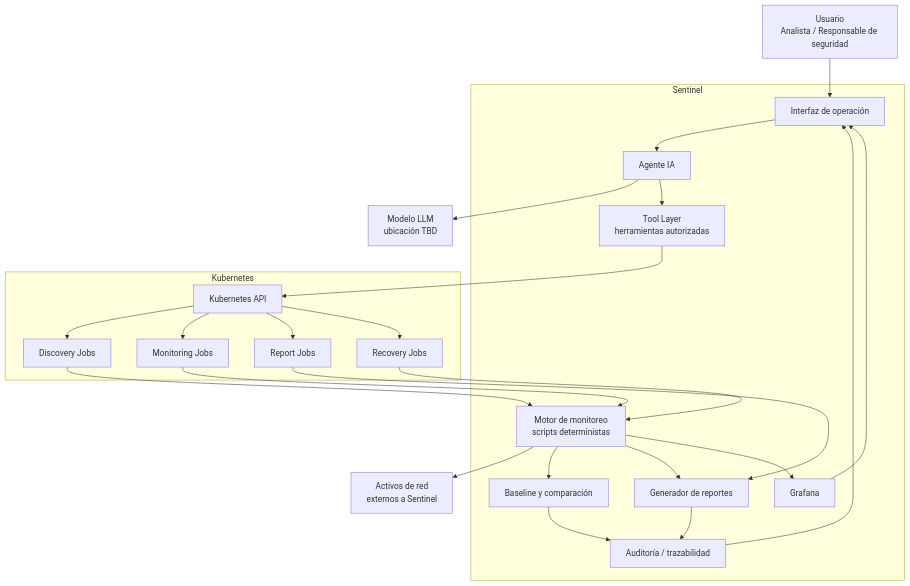
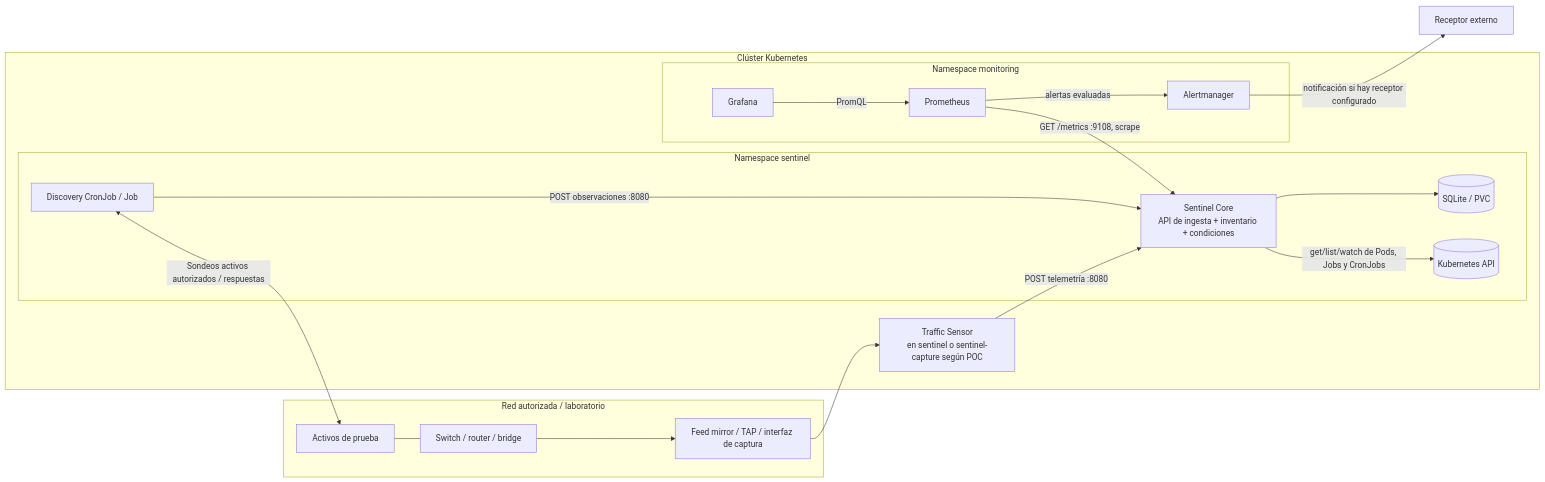
One commit to JLForU/TAI_Proyecto changed the first of 3 diagrams in specs/arquitectura.md. Above: the diagram before and after it, drawn with Mermaid. The commit also changed other lines of this file and 35 other files, not shown here.

````diff
--- a/specs/arquitectura.md
+++ b/specs/arquitectura.md
@@ -57,54 +23,33 @@
 ```mermaid
-flowchart TB
-
-    U[Usuario<br/>Analista / Responsable de seguridad]
-
-    subgraph SENTINEL["Sentinel"]
-        UI[Interfaz de operación]
-        AG[Agente IA]
-        TL[Tool Layer<br/>herramientas autorizadas]
-        MON[Motor de monitoreo<br/>scripts deterministas]
-        BASE[Baseline y comparación]
-        REP[Generador de reportes]
-        AUD[Auditoría / trazabilidad]
-        GRA[Grafana]
+flowchart LR
+  subgraph LAN[Red autorizada / laboratorio]
+    HOSTS[Activos de prueba]
+    SW[Switch / router / bridge]
+    MIR[Feed mirror / TAP / interfaz de captura]
+    HOSTS --- SW
+    SW --> MIR
+  end
+  subgraph K8S[Clúster Kubernetes]
+    subgraph S[Namespace sentinel]
+      DISC[Discovery CronJob / Job]
+      CORE[Sentinel Core<br/>API de ingesta + inventario + condiciones]
+      DB[(SQLite / PVC)]
+      DISC -->|POST observaciones :8080| CORE
+      CORE --> DB
+      CORE -->|get/list/watch de Pods, Jobs y CronJobs| API[(Kubernetes API)]
     end
-
-    subgraph K8S["Kubernetes"]
-        API[Kubernetes API]
-        JD[Discovery Jobs]
-        JM[Monitoring Jobs]
-        JR[Report Jobs]
-        JC[Recovery Jobs]
+    SENSOR[Traffic Sensor<br/>en sentinel o sentinel-capture según POC]
+    SENSOR -->|POST telemetría :8080| CORE
+    subgraph MON[Namespace monitoring]
+      PROM[Prometheus]
+      AM[Alertmanager]
+      GRAF[Grafana]
+      PROM -->|alertas evaluadas| AM
+      GRAF -->|PromQL| PROM
     end
-
-    LLM[Modelo LLM<br/>ubicación TBD]
-    NET[Activos de red<br/>externos a Sentinel]
-
-    U --> UI
-    UI --> AG
-    AG --> LLM
-    AG --> TL
-    TL --> API
-
-    API --> JD
-    API --> JM
-    API --> JR
-    API --> JC
-
-    JD --> MON
-    JM --> MON
-    JR --> REP
-    JC --> MON
-
-    MON --> NET
-    MON --> BASE
-    MON --> REP
-    MON --> GRA
-
-    BASE --> AUD
-    REP --> AUD
-
-    AUD --> UI
-    GRA --> UI
+    PROM -->|GET /metrics :9108, scrape| CORE
+  end
+  DISC <-->|Sondeos activos autorizados / respuestas| HOSTS
+  MIR --> SENSOR
+  AM -->|notificación si hay receptor configurado| DEST[Receptor externo]
 ```
````
